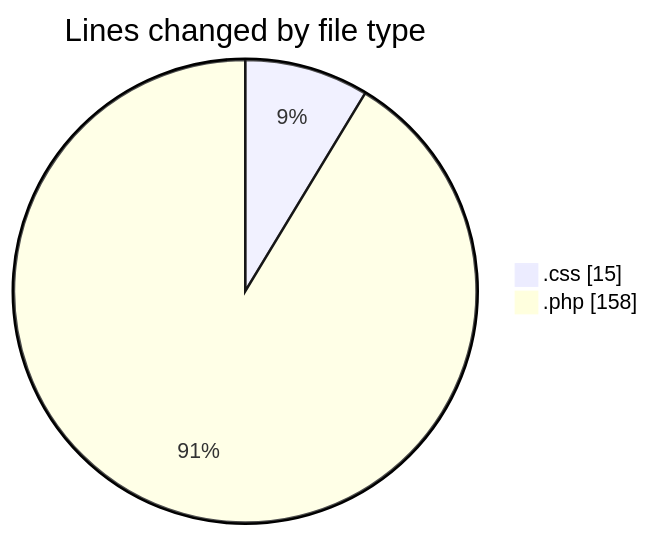
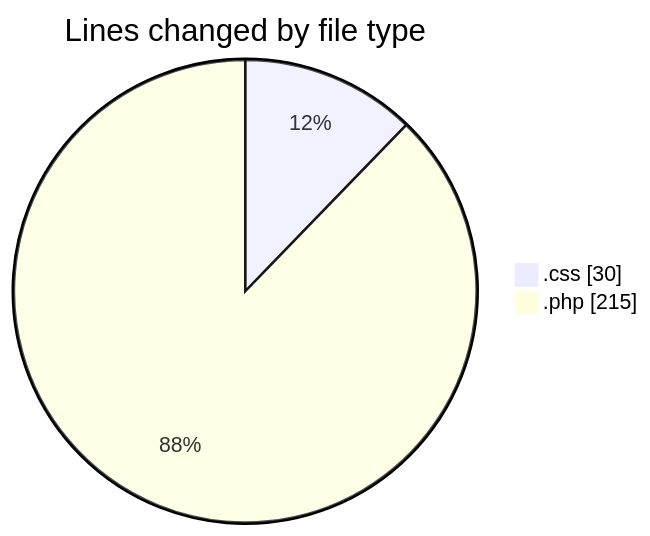
One commit to momahboobian/code-tracking changed the first of 2 diagrams in 2026-03-20/designexo-child/README.md. Above: the diagram before and after it, drawn with Mermaid. The commit also changed other lines of this file and 1 other file, not shown here.

````diff
--- a/2026-03-20/designexo-child/README.md
+++ b/2026-03-20/designexo-child/README.md
@@ -22,6 +23,6 @@
 ```mermaid
 pie showData
 title Lines changed by file type
-".css" : 15
-".php" : 158
+".css" : 30
+".php" : 215
 ```
````
